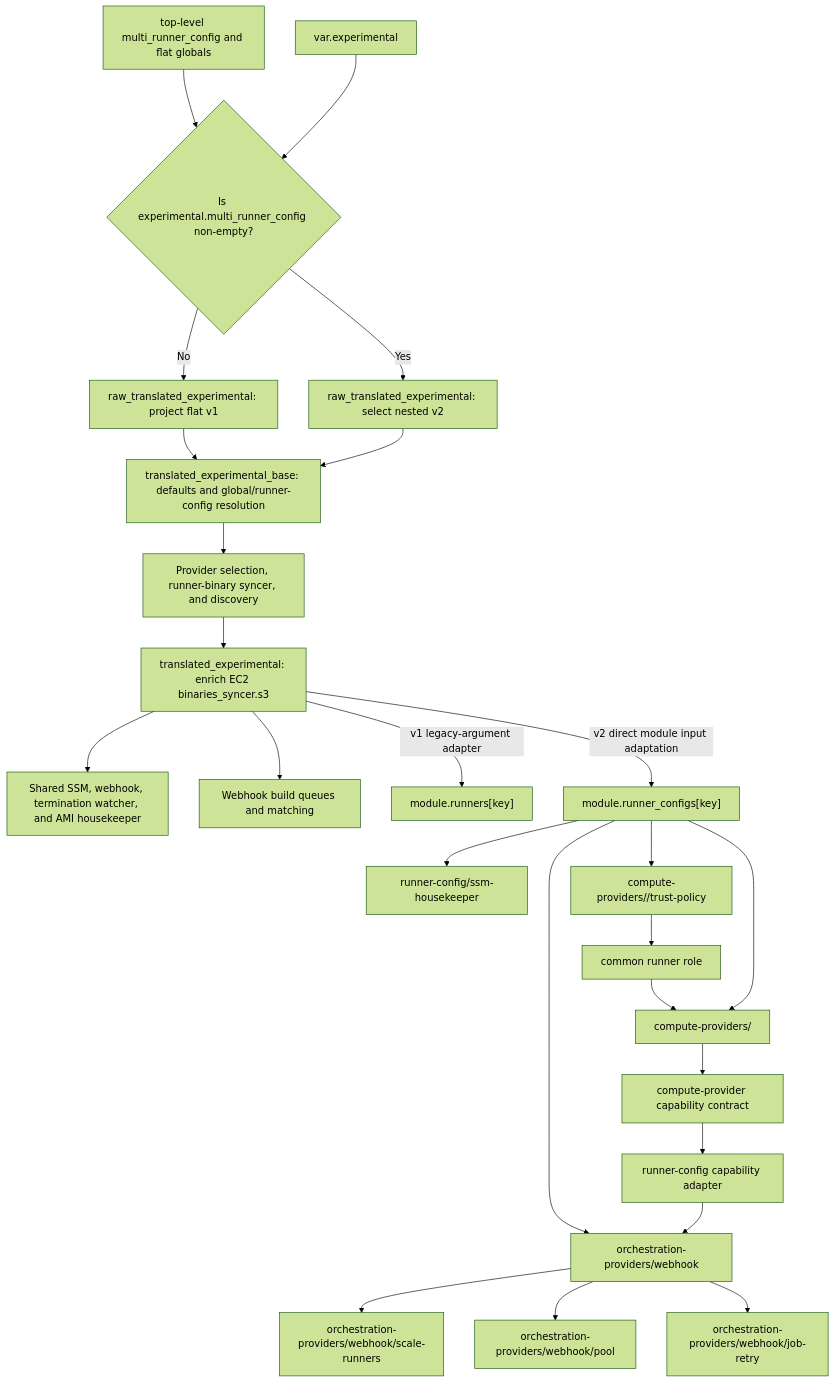
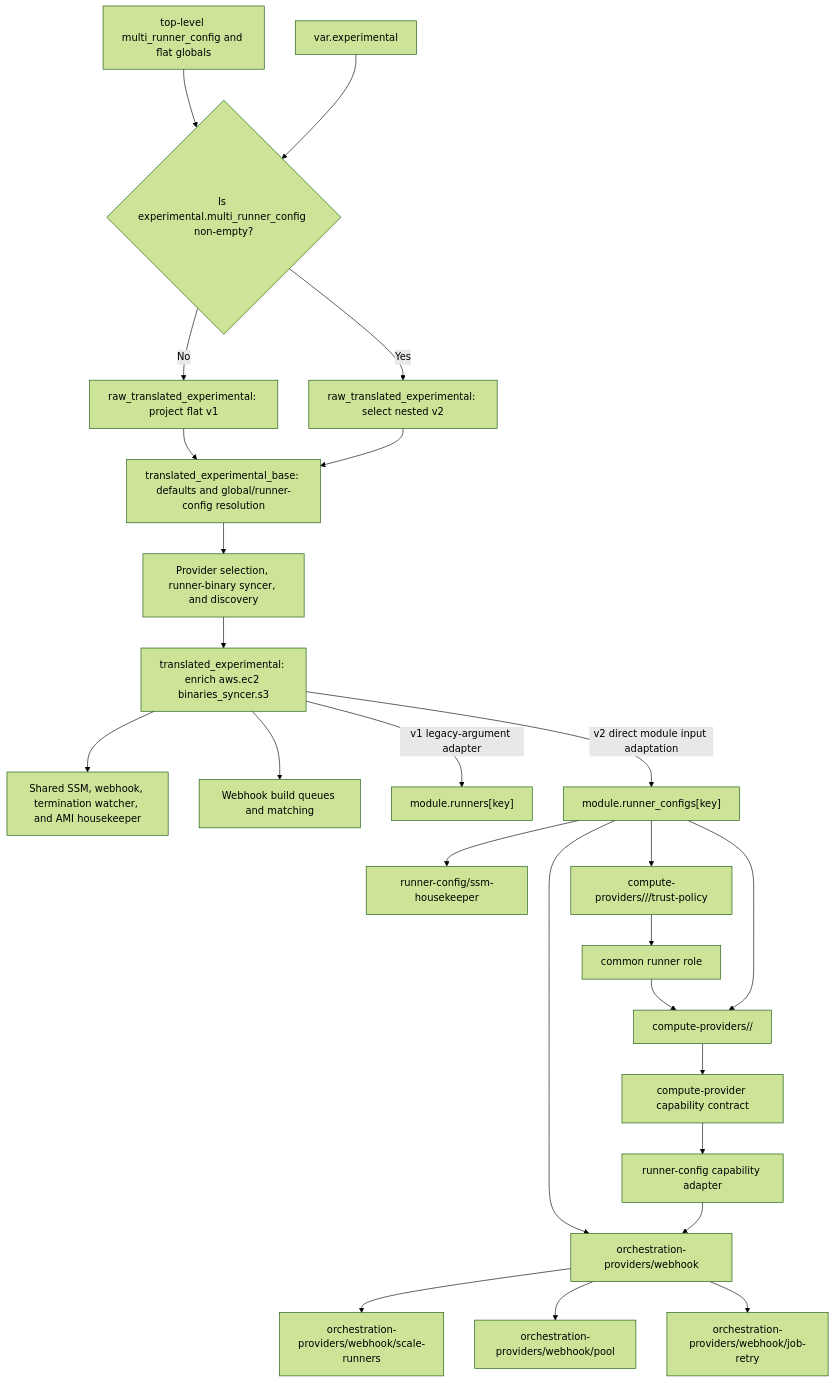
One commit to github-aws-runners/terraform-aws-github-runner changed the diagram in docs/modules/internal/compute-provider-refactor.md. Above: the diagram before and after it, drawn with Mermaid (forest theme). The commit also changed other lines of this file and 57 other files, not shown here.

Commit message:
feat(compute-providers): namespace AWS EC2 provider

````diff
--- a/docs/modules/internal/compute-provider-refactor.md
+++ b/docs/modules/internal/compute-provider-refactor.md
@@ -69,27 +69,27 @@
 ```mermaid
 flowchart TD
   Stable["top-level multi_runner_config and flat globals"] --> Select{"Is experimental.multi_runner_config non-empty?"}
   Experimental["var.experimental"] --> Select
   Select -->|No| V1["raw_translated_experimental: project flat v1"]
   Select -->|Yes| V2["raw_translated_experimental: select nested v2"]
   V1 --> Base["translated_experimental_base: defaults and global/runner-config resolution"]
   V2 --> Base
   Base --> Discovery["Provider selection, runner-binary syncer, and discovery"]
-  Discovery --> Final["translated_experimental: enrich EC2 binaries_syncer.s3"]
+  Discovery --> Final["translated_experimental: enrich aws.ec2 binaries_syncer.s3"]
   Final --> Singleton["Shared SSM, webhook, termination watcher, and AMI housekeeper"]
   Final --> Shared["Webhook build queues and matching"]
   Final -->|v1 legacy-argument adapter| Legacy["module.runners[key]"]
   Final -->|v2 direct module input adaptation| RunnerConfig["module.runner_configs[key]"]
   RunnerConfig --> Orchestration["orchestration-providers/webhook"]
   Orchestration --> Scaling["orchestration-providers/webhook/scale-runners"]
   Orchestration --> Pool["orchestration-providers/webhook/pool"]
   Orchestration --> Retry["orchestration-providers/webhook/job-retry"]
   RunnerConfig --> Housekeeper["runner-config/ssm-housekeeper"]
-  RunnerConfig --> Trust["compute-providers/<provider>/trust-policy"]
+  RunnerConfig --> Trust["compute-providers/<namespace>/<provider>/trust-policy"]
   Trust --> Role["common runner role"]
   Role --> Provider
-  RunnerConfig --> Provider["compute-providers/<provider>"]
+  RunnerConfig --> Provider["compute-providers/<namespace>/<provider>"]
   Provider --> Contract["compute-provider capability contract"]
   Contract --> Adapter["runner-config capability adapter"]
   Adapter --> Orchestration
 ```
````
